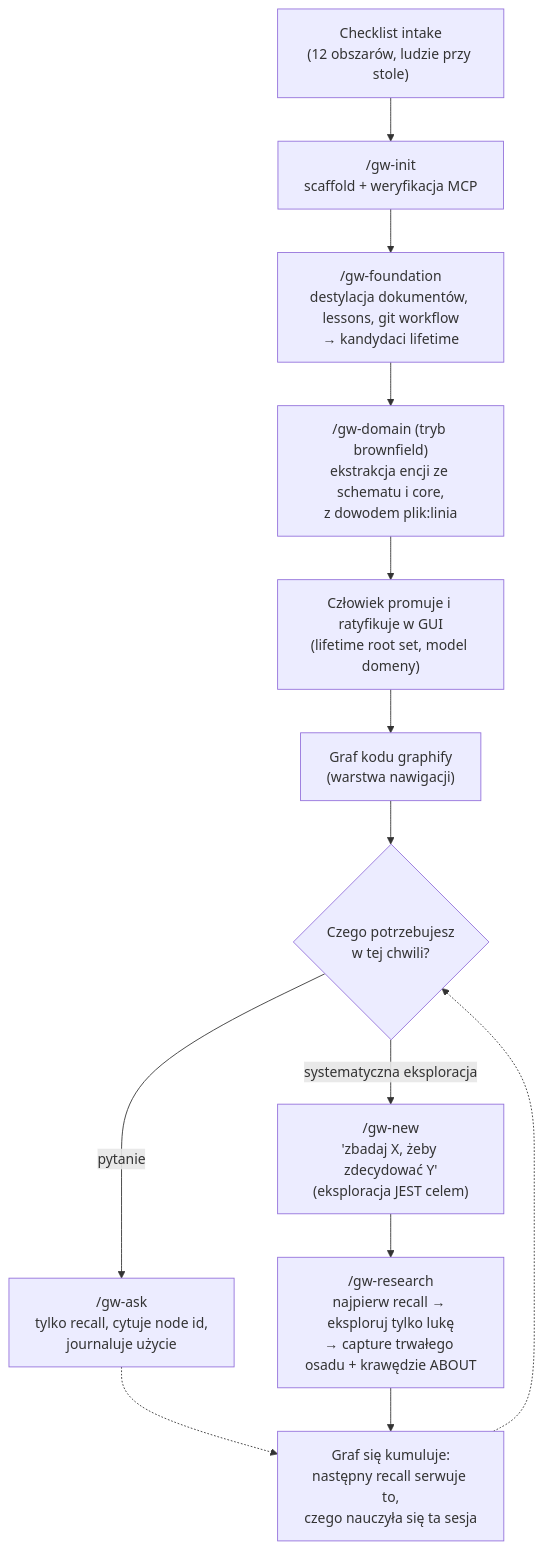
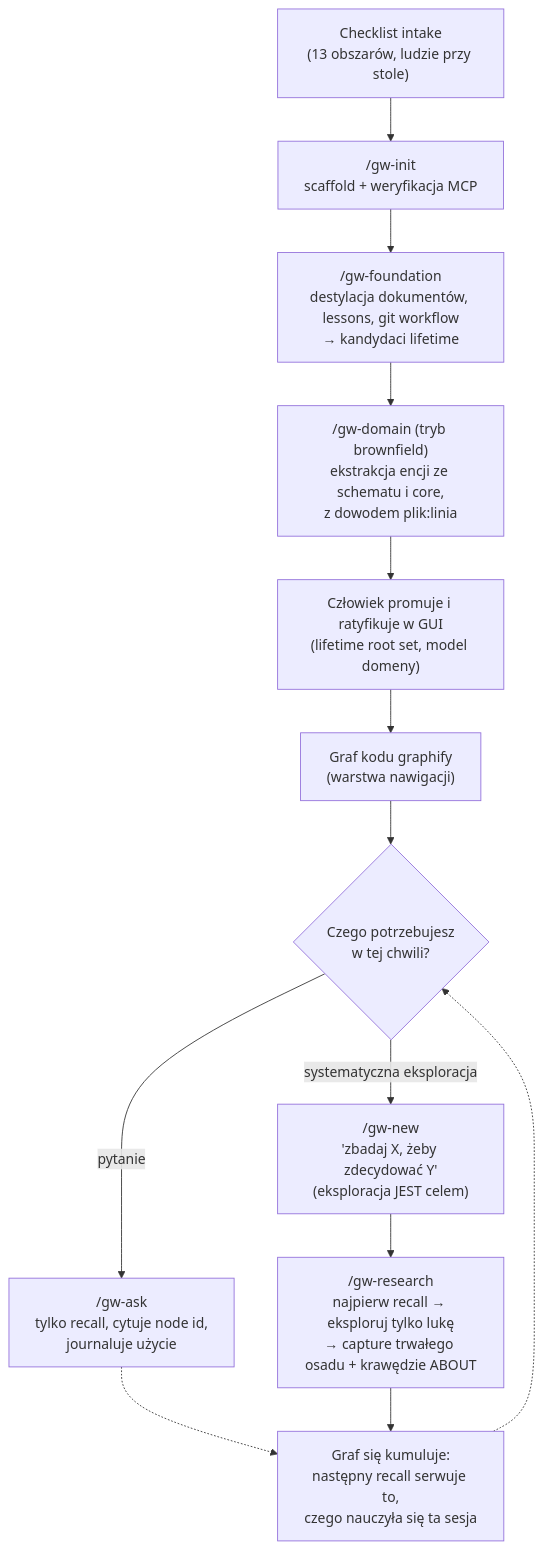
One commit to mt3o-dev/graph-workflow changed the diagram in docs/LEARNING-A-CODEBASE.pl.md. Above: the diagram before and after it, drawn with Mermaid. The commit also changed 18 other files, not shown here.

````diff
--- a/docs/LEARNING-A-CODEBASE.pl.md
+++ b/docs/LEARNING-A-CODEBASE.pl.md
@@ -13,15 +13,15 @@
 ```mermaid
 flowchart TD
-    INTAKE["Checklist intake<br/>(12 obszarów, ludzie przy stole)"] --> INIT["/gw-init<br/>scaffold + weryfikacja MCP"]
+    INTAKE["Checklist intake<br/>(13 obszarów, ludzie przy stole)"] --> INIT["/gw-init<br/>scaffold + weryfikacja MCP"]
     INIT --> FOUND["/gw-foundation<br/>destylacja dokumentów, lessons, git workflow<br/>→ kandydaci lifetime"]
     FOUND --> DOM["/gw-domain (tryb brownfield)<br/>ekstrakcja encji ze schematu i core,<br/>z dowodem plik:linia"]
     DOM --> PROMOTE["Człowiek promuje i ratyfikuje w GUI<br/>(lifetime root set, model domeny)"]
     PROMOTE --> GRAPHIFY["Graf kodu graphify<br/>(warstwa nawigacji)"]
     GRAPHIFY --> Q{Czego potrzebujesz<br/>w tej chwili?}
     Q -- "pytanie" --> ASK["/gw-ask<br/>tylko recall, cytuje node id,<br/>journaluje użycie"]
     Q -- "systematyczna eksploracja" --> NEW["/gw-new<br/>'zbadaj X, żeby zdecydować Y'<br/>(eksploracja JEST celem)"]
     NEW --> RES["/gw-research<br/>najpierw recall → eksploruj tylko lukę<br/>→ capture trwałego osadu + krawędzie ABOUT"]
     ASK -.-> COMPOUND
     RES --> COMPOUND["Graf się kumuluje:<br/>następny recall serwuje to,<br/>czego nauczyła się ta sesja"]
     COMPOUND -.-> Q
 ```
````
